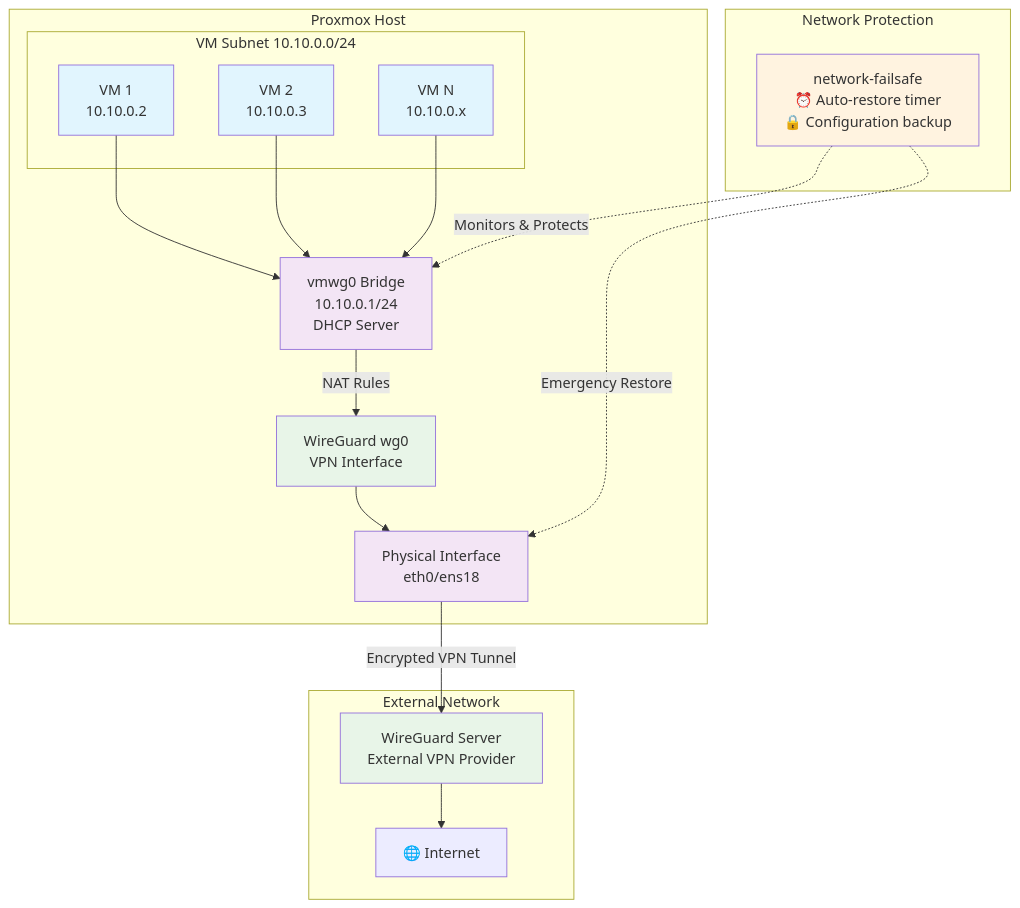
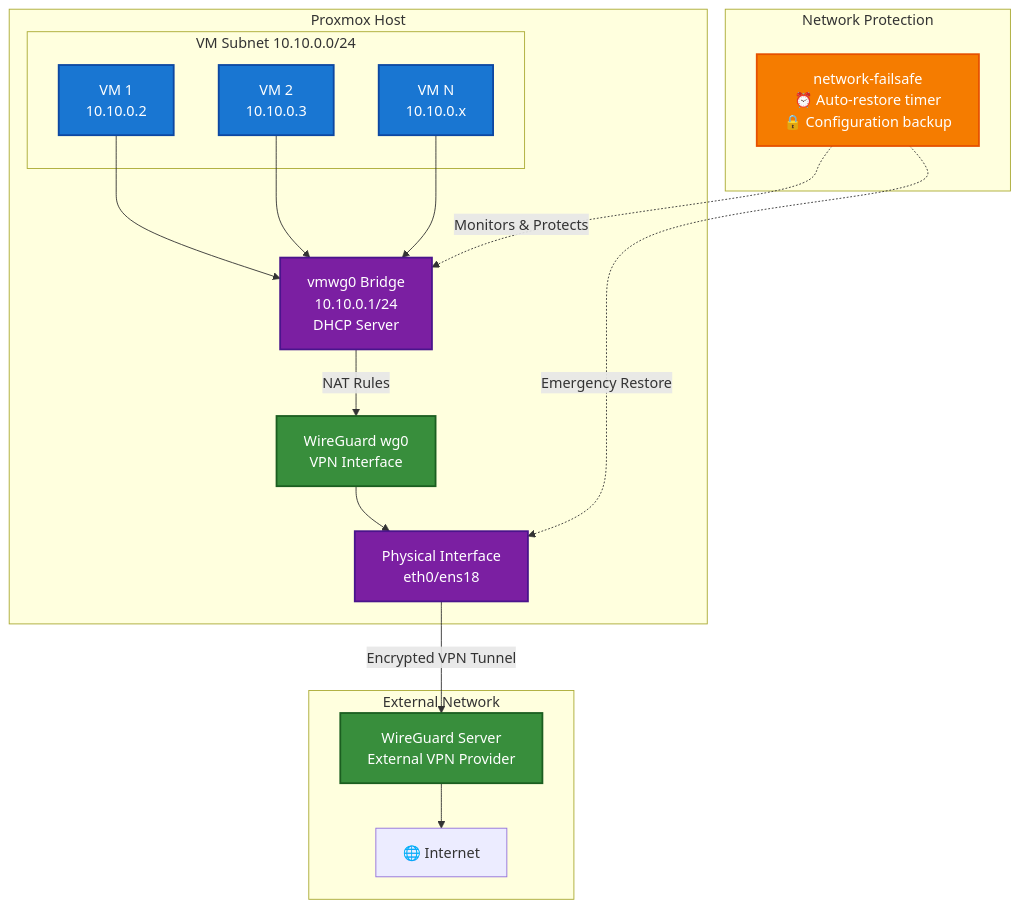
One commit to nikolai-in/pve-vmwg changed the diagram in README.md. Above: the diagram before and after it, drawn with Mermaid.

Commit message:
🎨 улучшил контрастность диаграммы для темного фона

````diff
--- a/README.md
+++ b/README.md
@@ -42,46 +42,46 @@
 ```mermaid
 graph TB
     subgraph "Proxmox Host"
         subgraph "VM Subnet 10.10.0.0/24"
             VM1["VM 1<br/>10.10.0.2"]
             VM2["VM 2<br/>10.10.0.3"]
             VM3["VM N<br/>10.10.0.x"]
         end
 
         Bridge["vmwg0 Bridge<br/>10.10.0.1/24<br/>DHCP Server"]
         WG["WireGuard wg0<br/>VPN Interface"]
         Physical["Physical Interface<br/>eth0/ens18"]
 
         VM1 --> Bridge
         VM2 --> Bridge
         VM3 --> Bridge
 
         Bridge -->|NAT Rules| WG
         WG --> Physical
     end
 
     subgraph "External Network"
         VPN_Server["WireGuard Server<br/>External VPN Provider"]
         Web["🌐 Internet"]
     end
 
     Physical -->|Encrypted VPN Tunnel| VPN_Server
     VPN_Server --> Web
 
     subgraph "Network Protection"
         Failsafe["network-failsafe<br/>⏰ Auto-restore timer<br/>🔒 Configuration backup"]
     end
 
     Failsafe -.->|Monitors & Protects| Bridge
     Failsafe -.->|Emergency Restore| Physical
 
-    classDef vm fill:#e1f5fe
-    classDef network fill:#f3e5f5
-    classDef vpn fill:#e8f5e8
-    classDef protection fill:#fff3e0
+    classDef vm fill:#1976d2,stroke:#0d47a1,stroke-width:2px,color:#ffffff
+    classDef network fill:#7b1fa2,stroke:#4a148c,stroke-width:2px,color:#ffffff
+    classDef vpn fill:#388e3c,stroke:#1b5e20,stroke-width:2px,color:#ffffff
+    classDef protection fill:#f57c00,stroke:#e65100,stroke-width:2px,color:#ffffff
 
     class VM1,VM2,VM3 vm
     class Bridge,Physical network
     class WG,VPN_Server vpn
     class Failsafe protection
 ```
````
